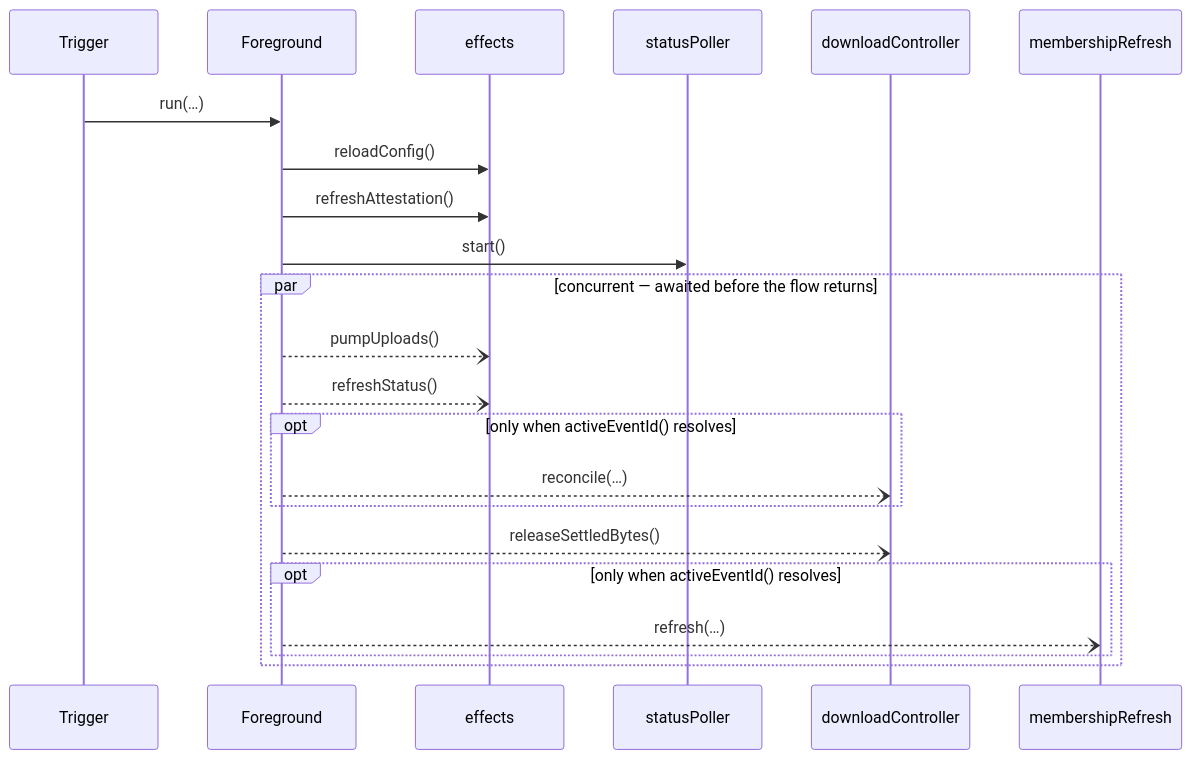
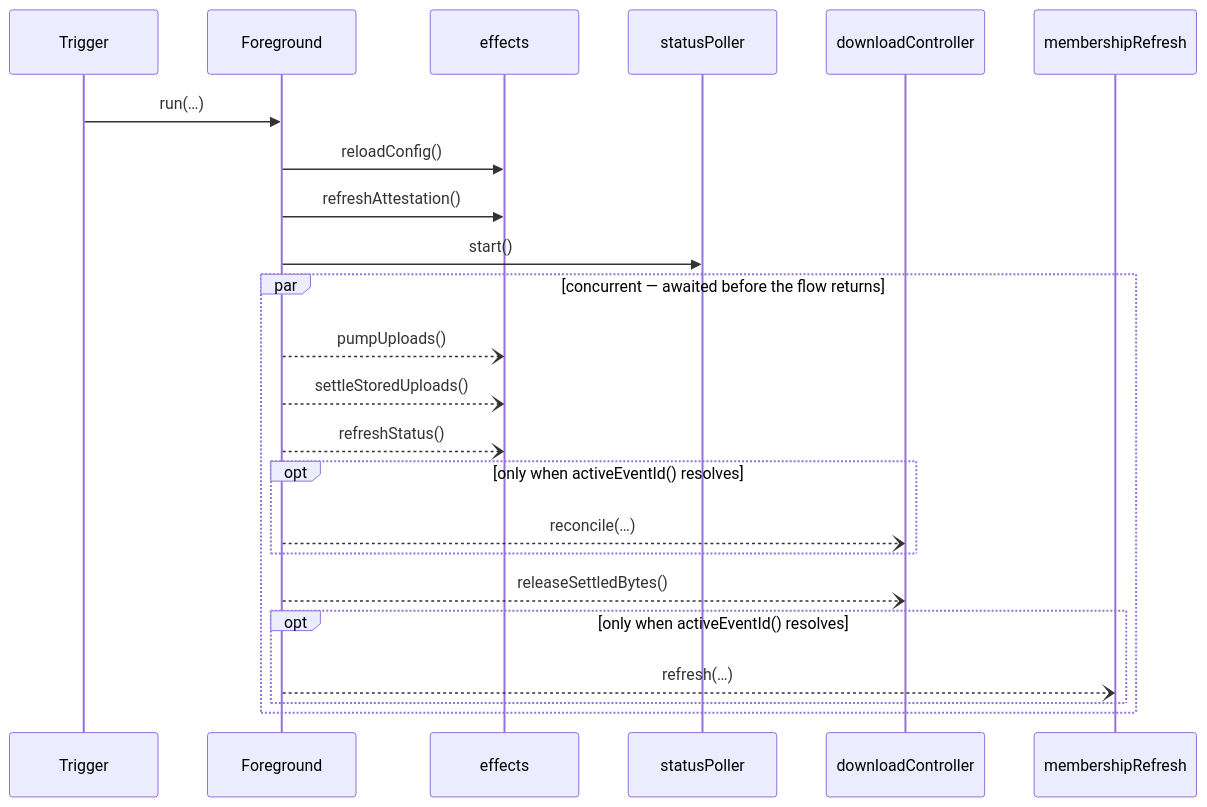
One commit to stefanhoelzl/SnapSync changed the diagram in architecture/flows/Foreground.md. Above: the diagram before and after it, drawn with Mermaid. The commit also changed 28 other files, not shown here.

````diff
--- a/architecture/flows/Foreground.md
+++ b/architecture/flows/Foreground.md
@@ -14,24 +14,25 @@
 ```mermaid
 sequenceDiagram
   participant Trigger
   participant Foreground
   participant effects
   participant statusPoller
   participant downloadController
   participant membershipRefresh
   Trigger->>Foreground: run(…)
   Foreground->>effects: reloadConfig()
   Foreground->>effects: refreshAttestation()
   Foreground->>statusPoller: start()
   par concurrent — awaited before the flow returns
     Foreground--)effects: pumpUploads()
+    Foreground--)effects: settleStoredUploads()
     Foreground--)effects: refreshStatus()
     opt only when activeEventId() resolves
       Foreground--)downloadController: reconcile(…)
     end
     Foreground--)downloadController: releaseSettledBytes()
     opt only when activeEventId() resolves
       Foreground--)membershipRefresh: refresh(…)
     end
   end
 ```
````
